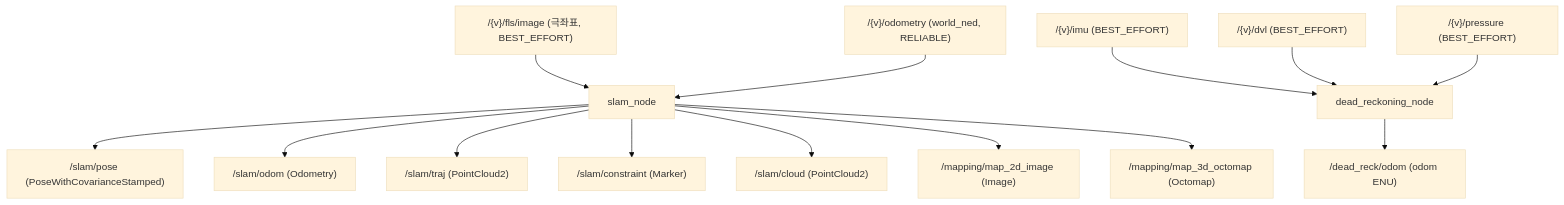
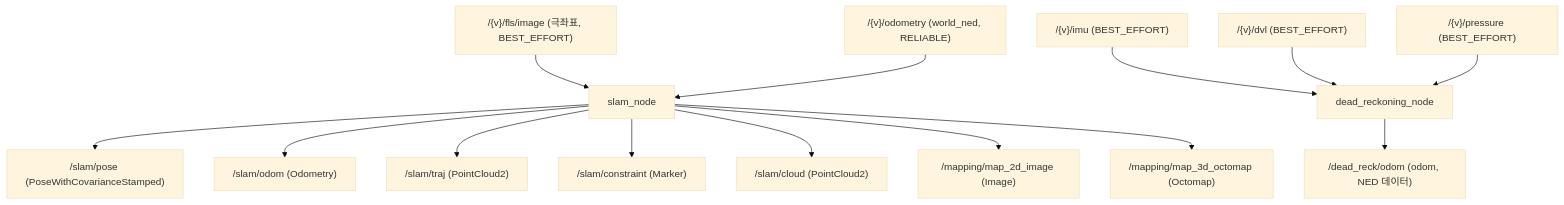
Before and after one commit to HERO-Lab-POSTECH/stonefish_slam: the diagram in docs/site/docs/architecture/nodes-topics.md, drawn with Mermaid (base theme). The commit also changed other lines of this file and 5 other files, not shown here.

````diff
--- a/docs/site/docs/architecture/nodes-topics.md
+++ b/docs/site/docs/architecture/nodes-topics.md
@@ -71,35 +71,35 @@
 ```mermaid
 flowchart TD
     FLS["/{v}/fls/image (극좌표, BEST_EFFORT)"]
     ODOM["/{v}/odometry (world_ned, RELIABLE)"]
     IMU["/{v}/imu (BEST_EFFORT)"]
     DVL["/{v}/dvl (BEST_EFFORT)"]
     PRES["/{v}/pressure (BEST_EFFORT)"]
 
     SLAM["slam_node"]
     DR["dead_reckoning_node"]
 
     POSE["/slam/pose (PoseWithCovarianceStamped)"]
     SODOM["/slam/odom (Odometry)"]
     TRAJ["/slam/traj (PointCloud2)"]
     CONS["/slam/constraint (Marker)"]
     CLOUD["/slam/cloud (PointCloud2)"]
     MAP2D["/mapping/map_2d_image (Image)"]
     MAP3D["/mapping/map_3d_octomap (Octomap)"]
-    DRODOM["/dead_reck/odom (odom ENU)"]
+    DRODOM["/dead_reck/odom (odom, NED 데이터)"]
 
     FLS --> SLAM
     ODOM --> SLAM
     IMU --> DR
     DVL --> DR
     PRES --> DR
 
     SLAM --> POSE
     SLAM --> SODOM
     SLAM --> TRAJ
     SLAM --> CONS
     SLAM --> CLOUD
     SLAM --> MAP2D
     SLAM --> MAP3D
     DR --> DRODOM
 ```
````
